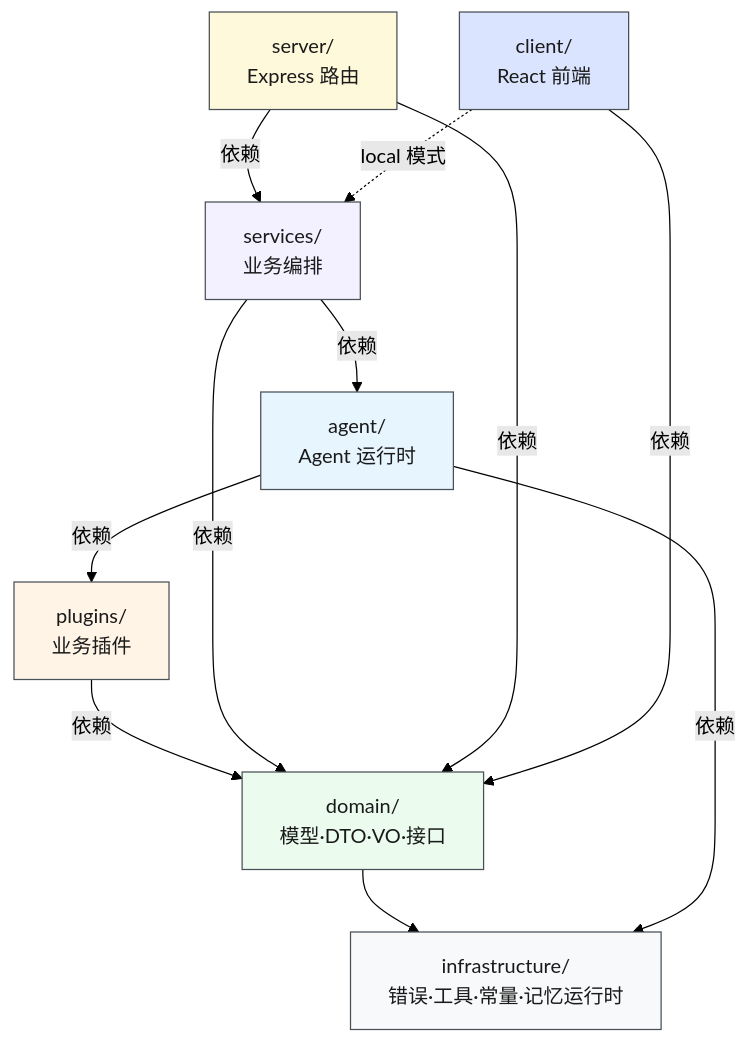
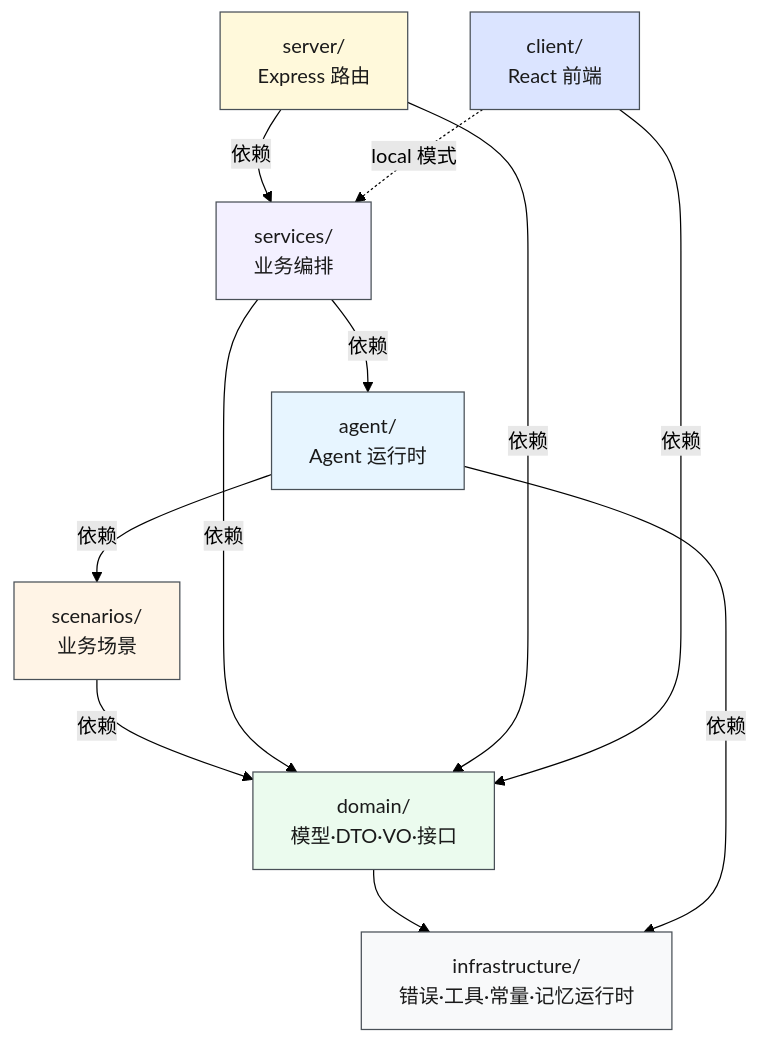
The second of 7 diagrams in CLAUDE.md (yjzaaa/leave-approval-agent), drawn with Mermaid (forest theme) before and after one commit. The commit also changed other lines of this file and 80 other files, not shown here.

````diff
--- a/CLAUDE.md
+++ b/CLAUDE.md
@@ -93,29 +93,29 @@
 ```mermaid
 graph TD
     Domain["domain/<br/>模型·DTO·VO·接口"]
     Infra["infrastructure/<br/>错误·工具·常量·记忆运行时"]
     Agent["agent/<br/>Agent 运行时"]
-    Plugins["plugins/<br/>业务插件"]
+    Scenarios["scenarios/<br/>业务场景"]
     Services["services/<br/>业务编排"]
     Server["server/<br/>Express 路由"]
     Client["client/<br/>React 前端"]
 
     Domain --> Infra
     Server -->|"依赖"| Services
     Services -->|"依赖"| Agent
-    Agent -->|"依赖"| Plugins
+    Agent -->|"依赖"| Scenarios
     Agent -->|"依赖"| Infra
-    Plugins -->|"依赖"| Domain
+    Scenarios -->|"依赖"| Domain
     Services -->|"依赖"| Domain
     Server -->|"依赖"| Domain
     Client -->|"依赖"| Domain
     Client -.->|"local 模式"| Services
 
     style Domain fill:#ebfbee,stroke:#495057,color:#1a1a1a
     style Infra fill:#f8f9fa,stroke:#495057,color:#1a1a1a
     style Services fill:#f3f0ff,stroke:#495057,color:#1a1a1a
     style Agent fill:#e7f5ff,stroke:#495057,color:#1a1a1a
-    style Plugins fill:#fff4e6,stroke:#495057,color:#1a1a1a
+    style Scenarios fill:#fff4e6,stroke:#495057,color:#1a1a1a
     style Server fill:#fff9db,stroke:#495057,color:#1a1a1a
     style Client fill:#dbe4ff,stroke:#495057,color:#1a1a1a
 ```
````
